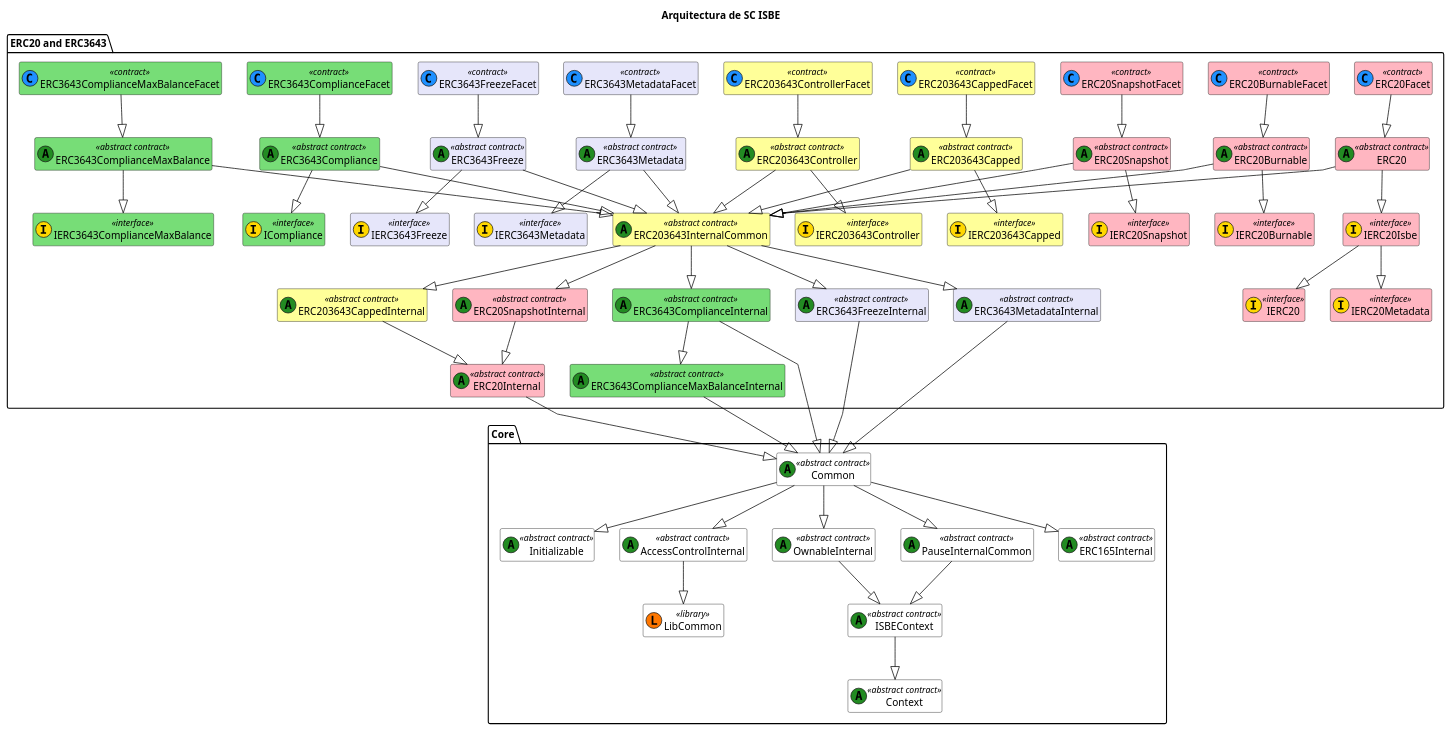
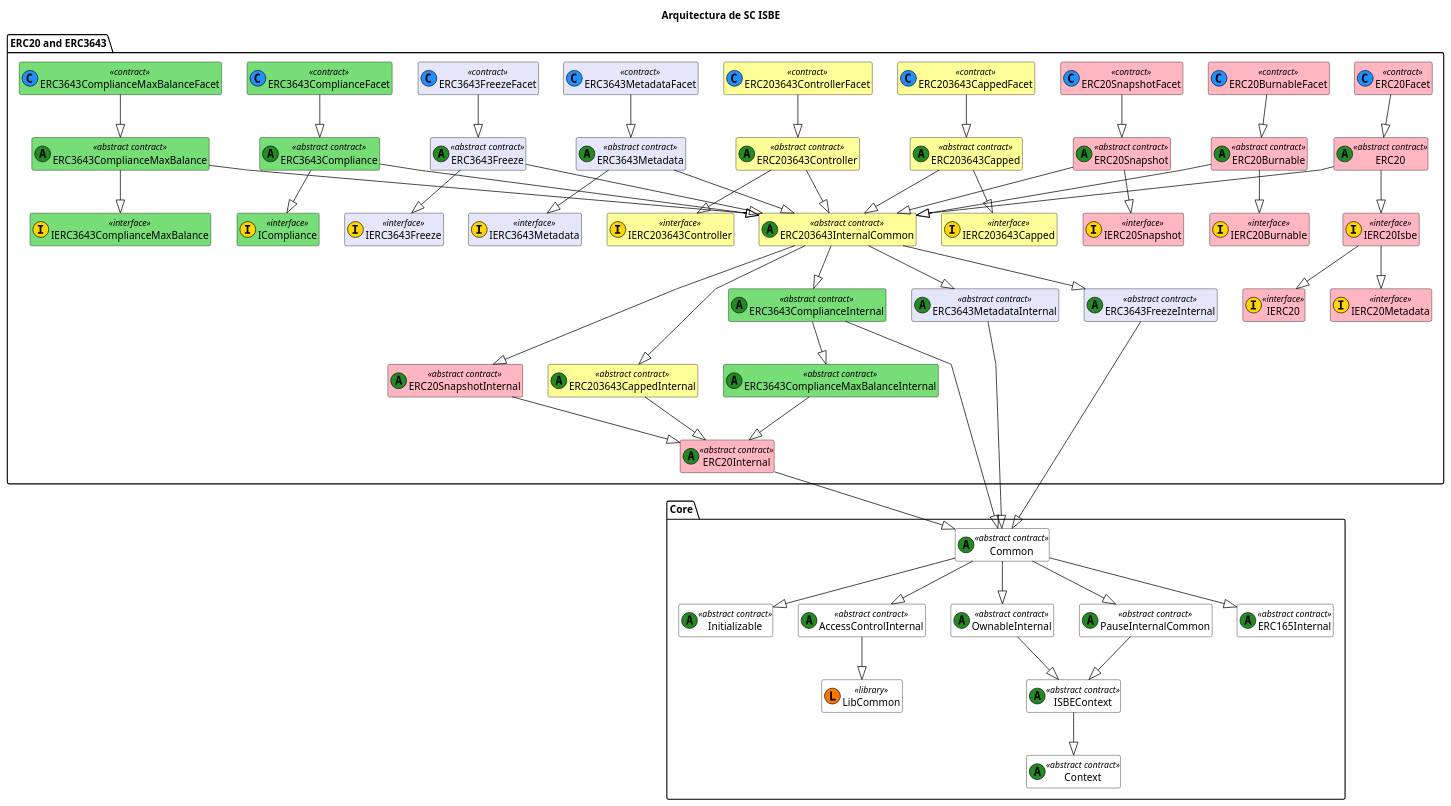
Before and after one commit to red-isbe/isbe-contracts: the diagram in docs/diagrams/ISBE-SC-UML-Global-Functional_3.puml, drawn with PlantUML. The commit also changed 10 other files, not shown here.

```diff
--- a/docs/diagrams/ISBE-SC-UML-Global-Functional_3.puml
+++ b/docs/diagrams/ISBE-SC-UML-Global-Functional_3.puml
@@ -1,160 +1,160 @@
 @startuml
 title Arquitectura de SC ISBE
 
 skinparam class {
     BackgroundColor White
     ArrowColor Black
     BorderColor Black
 }
 skinparam linetype polyline
 hide empty members
 
 ' === CORE ===
 package "Core" {
     class Initializable <<(A,#228b22) abstract contract>>
     class Common <<(A,#228b22) abstract contract>>
     class LibCommon << (L,#FF7700) library >>
     class ISBEContext <<(A,#228b22) abstract contract>>
     class AccessControlInternal <<(A,#228b22) abstract contract>> 
     class PauseInternalCommon <<(A,#228b22) abstract contract>> 
     class OwnableInternal <<(A,#228b22) abstract contract>> 
     class ERC165Internal <<(A,#228b22) abstract contract>>
     class Context <<(A,#228b22) abstract contract>>
 
     Common --|> Initializable
     Common --|> ERC165Internal
     Common --|> AccessControlInternal
     Common --|> OwnableInternal
     Common --|> PauseInternalCommon
     PauseInternalCommon --|> ISBEContext
     OwnableInternal --|> ISBEContext
     ISBEContext --|> Context
     AccessControlInternal --|> LibCommon
 }
 
 
 
 
 ' === ERC20 and ERC3643 ===
 package "ERC20 and ERC3643" {
     class IERC20 <<(I,#FFD700) interface>> #FFB6C1
     class IERC20Metadata <<(I,#FFD700) interface>> #FFB6C1
     class IERC20Isbe <<(I,#FFD700) interface>> #FFB6C1
     class IERC20Burnable <<(I,#FFD700) interface>> #FFB6C1
     class IERC20Snapshot <<(I,#FFD700) interface>> #FFB6C1
     class IERC203643Capped <<(I,#FFD700) interface>> #FFFF99
     class IERC203643Controller <<(I,#FFD700) interface>> #FFFF99
     
 
     class ERC20 <<(A,#228B22) abstract contract>> #FFB6C1
     class ERC20Facet <<(C,#1E90FF) contract>> #FFB6C1
     class ERC20Internal <<(A,#228B22) abstract contract>> #FFB6C1
 
     class ERC20Burnable <<(A,#228B22) abstract contract>> #FFB6C1
     class ERC20BurnableFacet <<(C,#1E90FF) contract>> #FFB6C1
 
     class ERC20Snapshot <<(A,#228B22) abstract contract>> #FFB6C1
     class ERC20SnapshotFacet <<(C,#1E90FF) contract>> #FFB6C1
     class ERC20SnapshotInternal <<(A,#228B22) abstract contract>> #FFB6C1
 
     class ERC203643Capped <<(A,#228B22) abstract contract>> #FFFF99
     class ERC203643CappedFacet <<(C,#1E90FF) contract>> #FFFF99
     class ERC203643CappedInternal <<(A,#228B22) abstract contract>> #FFFF99
 
     class ERC203643Controller <<(A,#228B22) abstract contract>> #FFFF99
     class ERC203643ControllerFacet <<(C,#1E90FF) contract>> #FFFF99
 
     
 
     ERC20 --|> IERC20Isbe
     IERC20Isbe --|> IERC20
     IERC20Isbe --|> IERC20Metadata
     
   
     ERC20Internal --|> Common
     ERC20Facet --|> ERC20
 
     ERC20Burnable --|> IERC20Burnable
     ERC20BurnableFacet --|> ERC20Burnable
 
     ERC203643Capped --|> IERC203643Capped
     ERC203643CappedFacet --|> ERC203643Capped
     ERC203643CappedInternal --|> ERC20Internal
 
     ERC203643Controller --|> IERC203643Controller
     ERC203643ControllerFacet --|> ERC203643Controller
 
     ERC20Snapshot --|> IERC20Snapshot
     ERC20SnapshotFacet --|> ERC20Snapshot
     ERC20SnapshotInternal --|> ERC20Internal
 
 
 
     ' --- Metadata ---
     class IERC3643Metadata <<(I,#FFD700) interface>> #E6E6FA
     class ERC3643MetadataInternal <<(A,#228B22) abstract contract>> #E6E6FA
     class ERC3643Metadata <<(A,#228B22) abstract contract>> #E6E6FA
     class ERC3643MetadataFacet <<(C,#1E90FF) contract>> #E6E6FA
 
     ERC3643MetadataFacet --|> ERC3643Metadata 
     ERC3643Metadata --|> IERC3643Metadata   
     ERC3643MetadataInternal --|> Common 
 
 
     ' --- Freeze ---
     class IERC3643Freeze <<(I,#FFD700) interface>> #E6E6FA
     class ERC3643FreezeInternal <<(A,#228B22) abstract contract>> #E6E6FA
     class ERC3643Freeze <<(A,#228B22) abstract contract>> #E6E6FA
     class ERC3643FreezeFacet <<(C,#1E90FF) contract>> #E6E6FA
 
     ERC3643FreezeFacet --|> ERC3643Freeze
     ERC3643Freeze --|> IERC3643Freeze  
     ERC3643FreezeInternal --|> Common 
 
     ' --- Compliance---
     class ICompliance <<(I,#FFD700) interface>> #77DD77
     class ERC3643ComplianceInternal <<(A,#228B22) abstract contract>> #77DD77
     class ERC3643Compliance <<(A,#228B22) abstract contract>> #77DD77
     class ERC3643ComplianceFacet <<(C,#1E90FF) contract>> #77DD77
     
     ERC3643ComplianceFacet --|> ERC3643Compliance
     ERC3643Compliance --|> ICompliance   
     ERC3643ComplianceInternal --|> Common
 
     ' --- Compliance Max Balance---
     class IERC3643ComplianceMaxBalance <<(I,#FFD700) interface>> #77DD77
     class ERC3643ComplianceMaxBalanceInternal <<(A,#228B22) abstract contract>> #77DD77
     class ERC3643ComplianceMaxBalance <<(A,#228B22) abstract contract>> #77DD77
     class ERC3643ComplianceMaxBalanceFacet <<(C,#1E90FF) contract>> #77DD77
     
     ERC3643ComplianceMaxBalanceFacet --|> ERC3643ComplianceMaxBalance
     ERC3643ComplianceMaxBalance --|> IERC3643ComplianceMaxBalance 
-    ERC3643ComplianceMaxBalanceInternal --|> Common
+    ERC3643ComplianceMaxBalanceInternal --|> ERC20Internal
 
     ERC3643ComplianceInternal --|> ERC3643ComplianceMaxBalanceInternal 
     
 
     ' --- ERC203643 Internal Common ---
     class ERC203643InternalCommon <<(A,#228B22) abstract contract>> #FFFF99
     ERC203643InternalCommon --|> ERC20SnapshotInternal
     ERC203643InternalCommon --|> ERC203643CappedInternal
     ERC203643InternalCommon --|> ERC3643FreezeInternal
     ERC203643InternalCommon --|> ERC3643MetadataInternal 
     ERC203643InternalCommon --|> ERC3643ComplianceInternal
 
 
     ERC3643Metadata --|> ERC203643InternalCommon
     ERC3643Freeze --|> ERC203643InternalCommon
     ERC20 --|> ERC203643InternalCommon
     ERC20Burnable --|> ERC203643InternalCommon
     ERC203643Capped --|> ERC203643InternalCommon
     ERC203643Controller --|> ERC203643InternalCommon
     ERC20Snapshot --|> ERC203643InternalCommon
     ERC3643Compliance --|> ERC203643InternalCommon
     ERC3643ComplianceMaxBalance --|> ERC203643InternalCommon
 
     
 
 
 }
 @enduml
```
